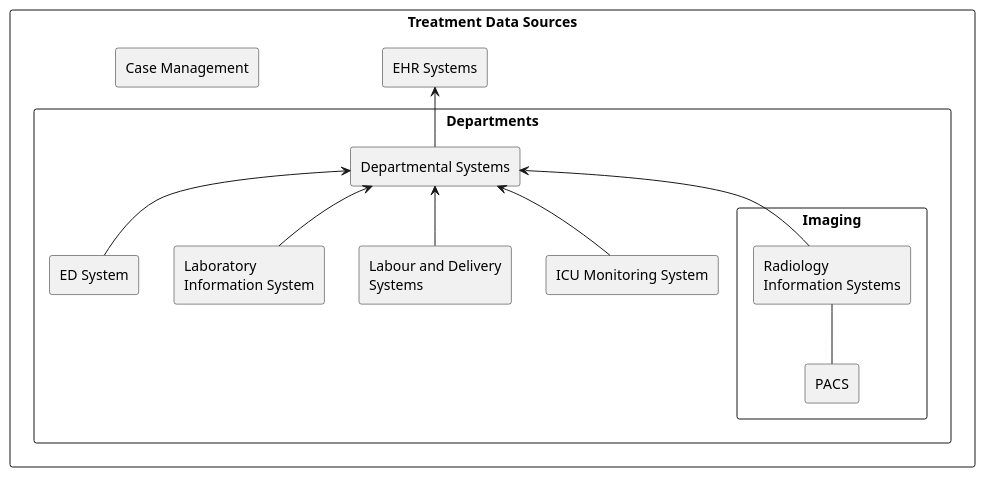
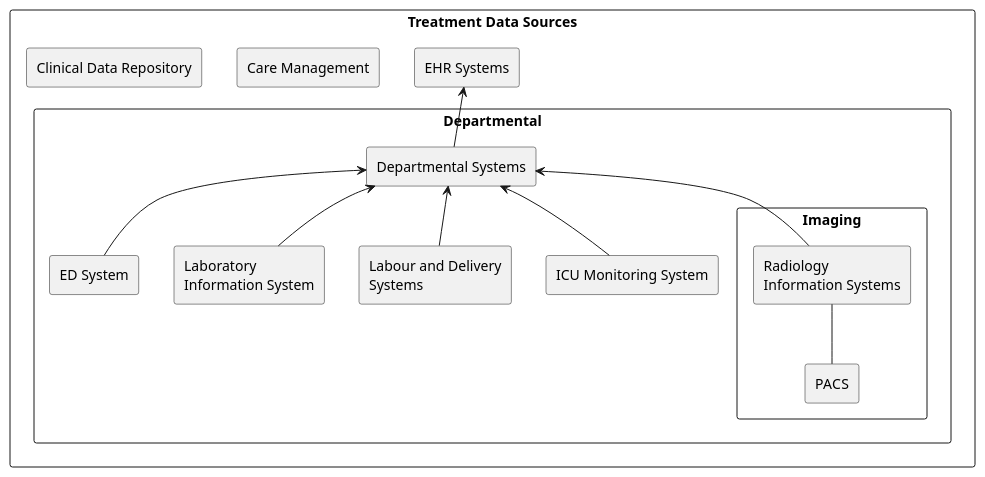
One commit to HL7/fhir-registry-protocols-ig changed the diagram in input/images-source/datasources.plantuml. Above: the diagram before and after it, drawn with PlantUML. The commit also changed 20 other files, not shown here.

```diff
--- a/input/images-source/datasources.plantuml
+++ b/input/images-source/datasources.plantuml
@@ -1,24 +1,25 @@
 @startuml
 rectangle "Treatment Data Sources" {
-    rectangle "Case Management"
+    rectangle "Care Management"
+    rectangle "Clinical Data Repository"
     rectangle "EHR Systems" as EHR 
-    rectangle "Departments" as Dept {
+    rectangle "Departmental" as Dept {
         rectangle "Departmental Systems" as DS 
         rectangle "ED System" as ED 
         rectangle "Laboratory\nInformation System" as LIS
         LIS -up-> DS
         ED -up-> DS
         rectangle "Imaging" {
             rectangle "Radiology\nInformation Systems" as RIS 
             rectangle "PACS" as PACS 
             PACS -up- RIS
             RIS -up-> DS
         }
         rectangle "Labour and Delivery\nSystems" as LDS 
         rectangle "ICU Monitoring System" as ICU 
         LDS -up-> DS
         ICU -up-> DS 
         DS -up-> EHR
     }
 }
 @enduml 
```
